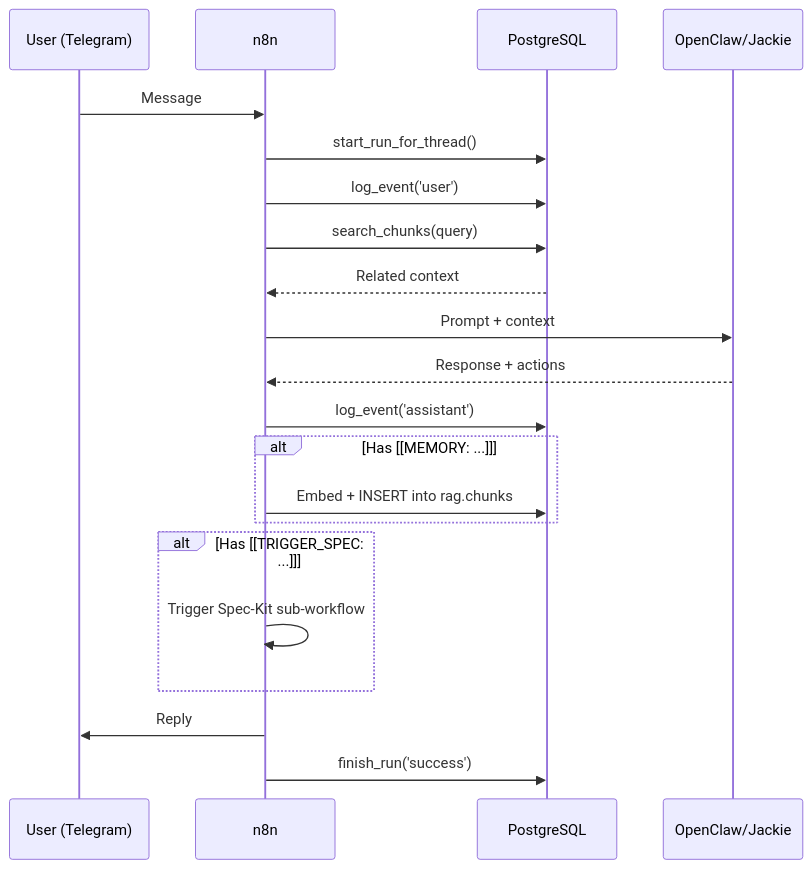
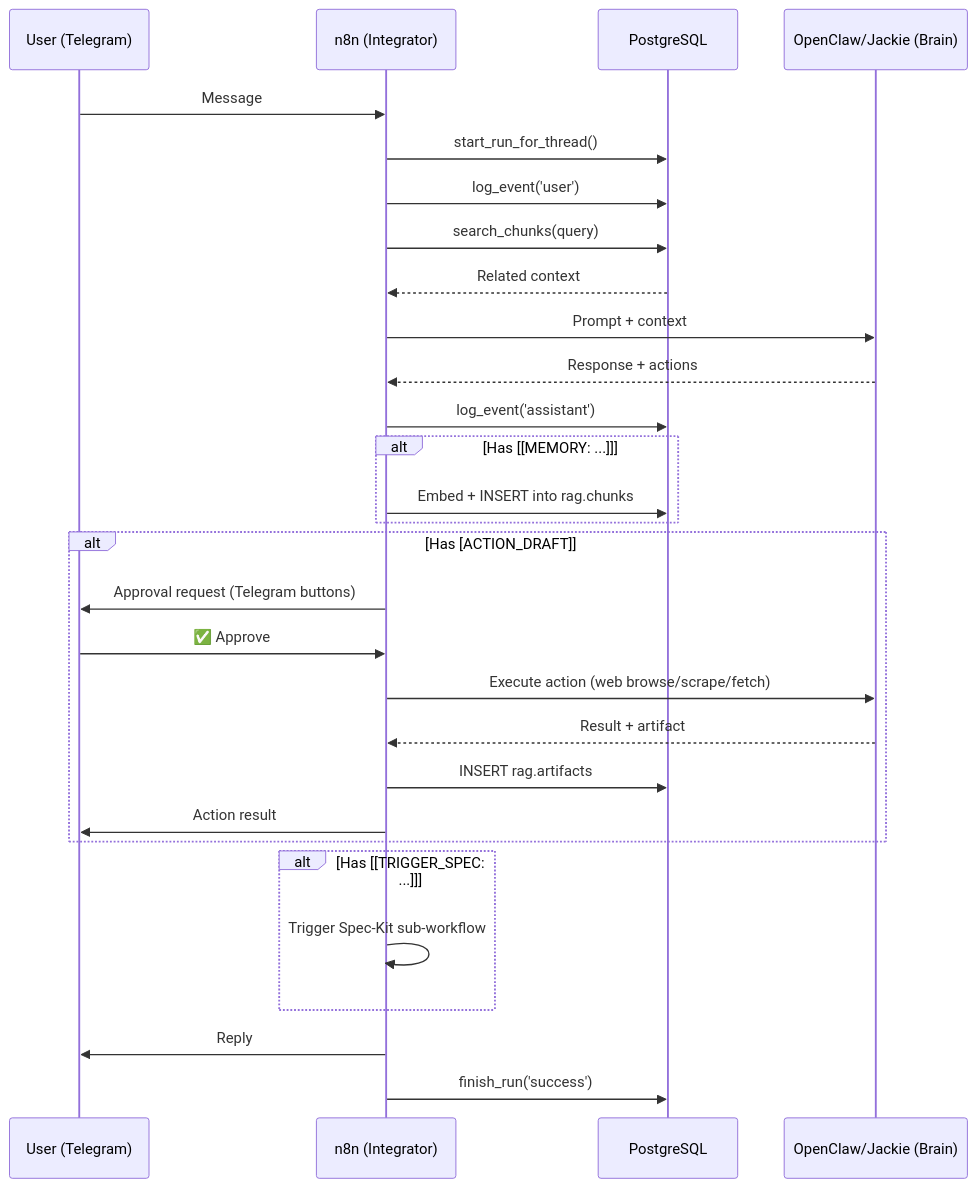
The first of 3 diagrams in ops/docs/ARCHITECTURE.md (HonzaHezina/janAGI), drawn with Mermaid before and after one commit. The commit also changed other lines of this file and 11 other files, not shown here.

First line of the commit message:
docs: align architecture to integrator/brain paradigm

````diff
--- a/ops/docs/ARCHITECTURE.md
+++ b/ops/docs/ARCHITECTURE.md
@@ -94,27 +167,36 @@
 ```mermaid
 sequenceDiagram
     participant U as User (Telegram)
-    participant N as n8n
+    participant N as n8n (Integrator)
     participant DB as PostgreSQL
-    participant AI as OpenClaw/Jackie
+    participant AI as OpenClaw/Jackie (Brain)
 
     U->>N: Message
     N->>DB: start_run_for_thread()
     N->>DB: log_event('user')
     N->>DB: search_chunks(query)
     DB-->>N: Related context
     N->>AI: Prompt + context
     AI-->>N: Response + actions
     N->>DB: log_event('assistant')
     
     alt Has [[MEMORY: ...]]
         N->>DB: Embed + INSERT into rag.chunks
     end
     
+    alt Has [ACTION_DRAFT]
+        N->>U: Approval request (Telegram buttons)
+        U->>N: ✅ Approve
+        N->>AI: Execute action (web browse/scrape/fetch)
+        AI-->>N: Result + artifact
+        N->>DB: INSERT rag.artifacts
+        N->>U: Action result
+    end
+    
     alt Has [[TRIGGER_SPEC: ...]]
         N->>N: Trigger Spec-Kit sub-workflow
     end
     
     N->>U: Reply
     N->>DB: finish_run('success')
 ```
````
